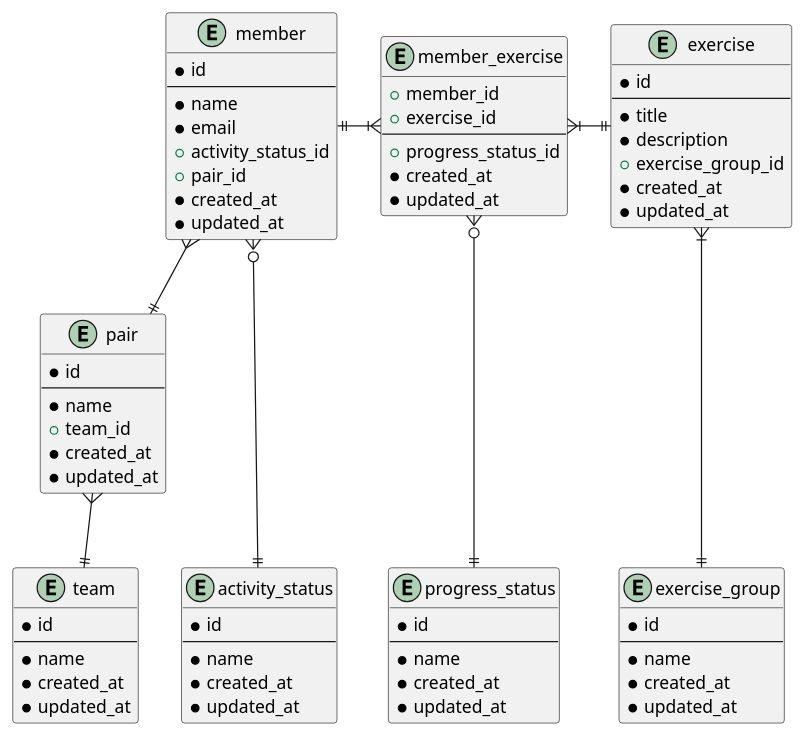
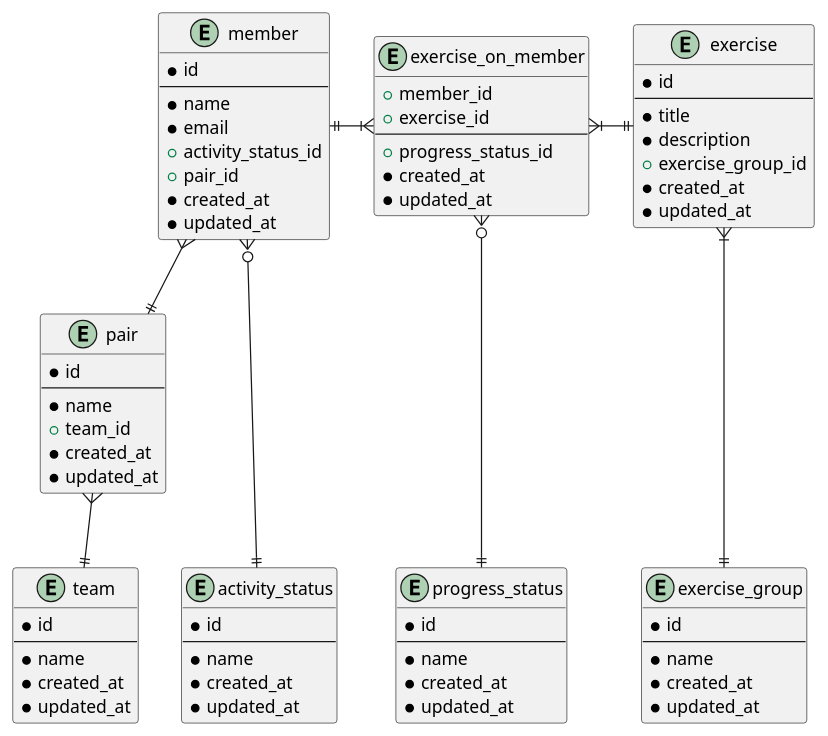
Before and after one commit to gn-t-k/PrAhaChallengeTasks: the diagram in 04_設計/04_プラハチャレンジをDDDで実装してみる/01_モデル図/ER図.md, drawn with PlantUML. The commit also changed 1 other file, not shown here.

Commit message:
スキーマ定義

````diff
--- a/04_設計/04_プラハチャレンジをDDDで実装してみる/01_モデル図/ER図.md
+++ b/04_設計/04_プラハチャレンジをDDDで実装してみる/01_モデル図/ER図.md
@@ -3,76 +3,76 @@
 ```plantuml
 @startuml
 
 Entity member {
   *id
   --
   *name
   *email
   +activity_status_id
   +pair_id
   *created_at
   *updated_at
 }
 Entity pair {
   *id
   --
   *name
   +team_id
   *created_at
   *updated_at
 }
 Entity team {
   *id
   --
   *name
   *created_at
   *updated_at
 }
 Entity activity_status {
   *id
   --
   *name
   *created_at
   *updated_at
 }
 Entity exercise {
   *id
   --
   *title
   *description
   +exercise_group_id
   *created_at
   *updated_at
 }
 Entity exercise_group {
   *id
   --
   *name
   *created_at
   *updated_at
 }
 Entity progress_status {
   *id
   --
   *name
   *created_at
   *updated_at
 }
-Entity member_exercise {
+Entity exercise_on_member {
   +member_id
   +exercise_id
   --
   +progress_status_id
   *created_at
   *updated_at
 }
 
-member ||-|{ member_exercise
-member_exercise }|-|| exercise
+member ||-|{ exercise_on_member
+exercise_on_member }|-|| exercise
 member }--|| pair
 member }o---|| activity_status
 exercise }|---|| exercise_group
 pair }--|| team
-member_exercise }o---|| progress_status
+exercise_on_member }o---|| progress_status
 @enduml
 ```
````
